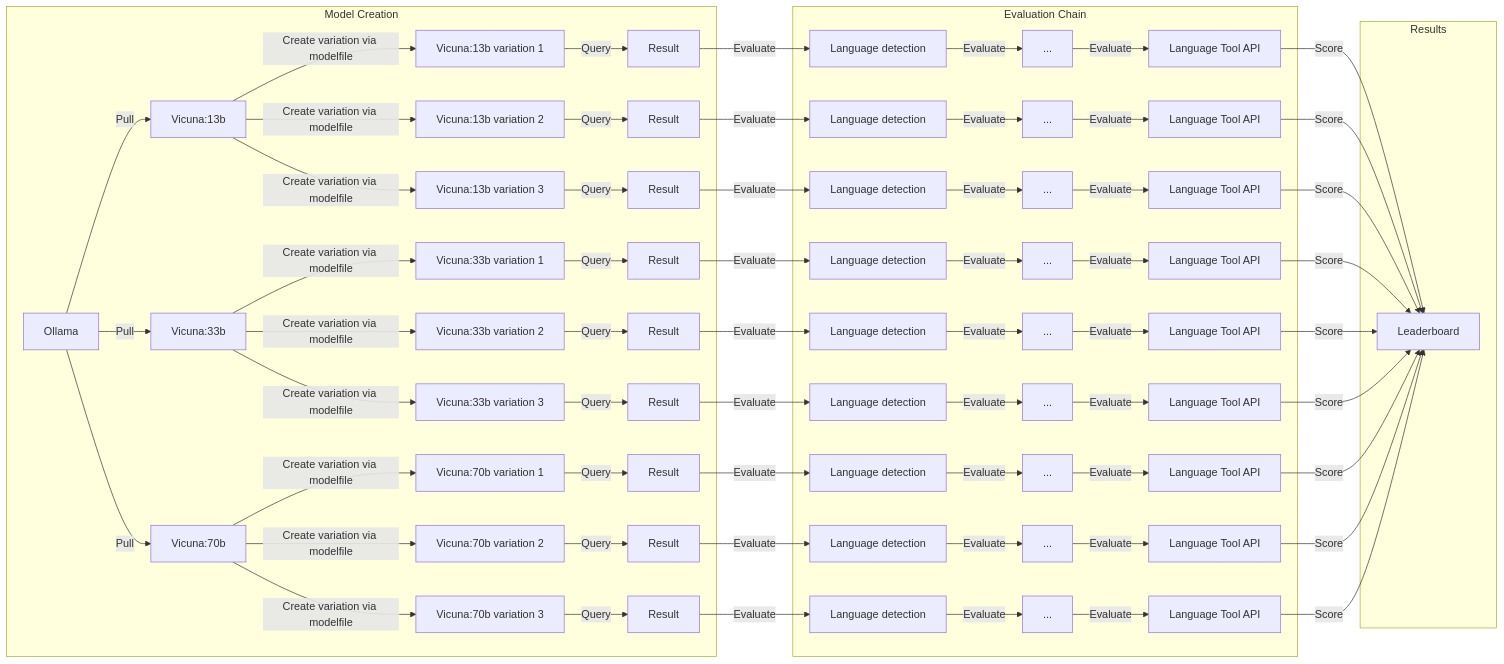
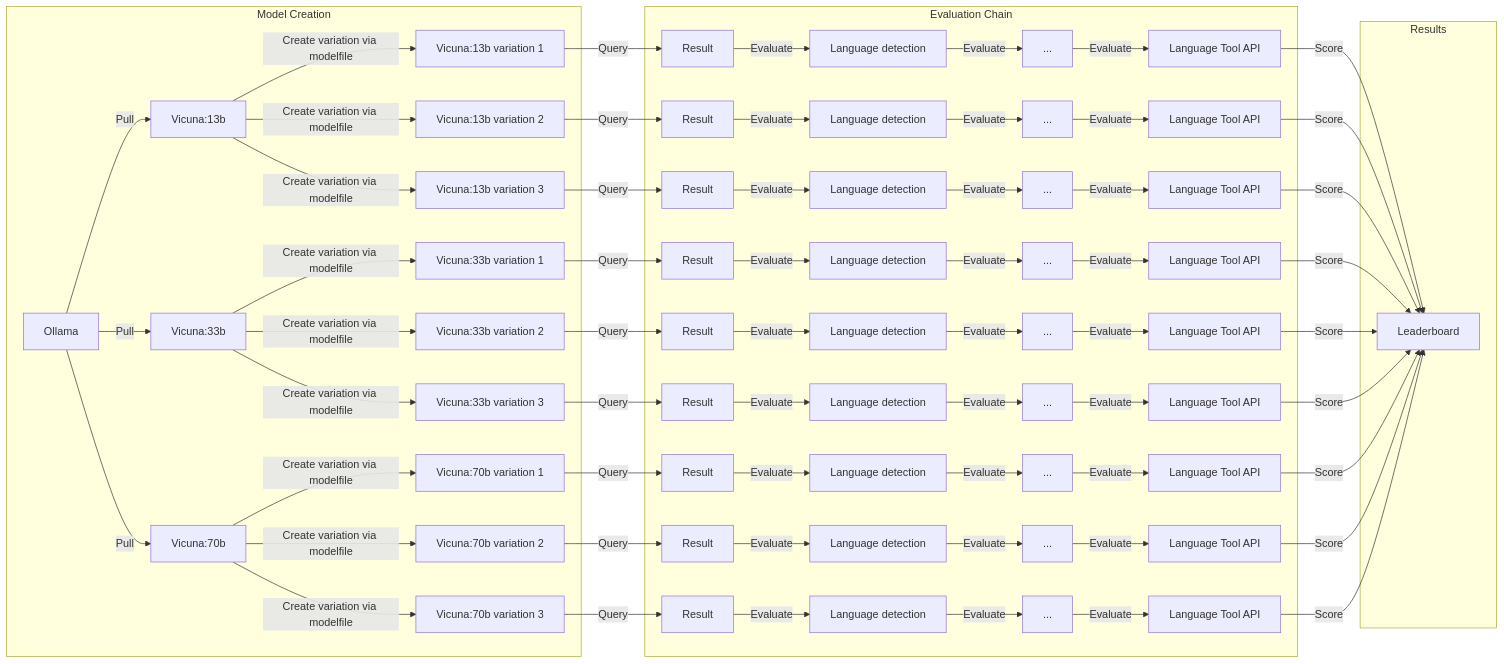
One commit to nshern/dallama changed the diagram in README.md. Above: the diagram before and after it, drawn with Mermaid. The commit also changed other lines of this file, not shown here.

````diff
--- a/README.md
+++ b/README.md
@@ -7,74 +7,74 @@
 ```mermaid
 flowchart LR
 subgraph Model Creation
 A[Ollama] --Pull--> B[Vicuna:13b]
 A[Ollama] --Pull--> C[Vicuna:33b]
 A[Ollama] --Pull--> D[Vicuna:70b]
 
 B[Vicuna:13b] --Create variation via modelfile-->E[Vicuna:13b variation 1]
 C[Vicuna:33b] --Create variation via modelfile-->F[Vicuna:33b variation 1]
 D[Vicuna:70b] --Create variation via modelfile-->G[Vicuna:70b variation 1]
 B[Vicuna:13b] --Create variation via modelfile-->H[Vicuna:13b variation 2]
 C[Vicuna:33b] --Create variation via modelfile-->I[Vicuna:33b variation 2]
 D[Vicuna:70b] --Create variation via modelfile-->J[Vicuna:70b variation 2]
 B[Vicuna:13b] --Create variation via modelfile-->K[Vicuna:13b variation 3]
 C[Vicuna:33b] --Create variation via modelfile-->L[Vicuna:33b variation 3]
 D[Vicuna:70b] --Create variation via modelfile-->M[Vicuna:70b variation 3]
 
+end
 E -- Query --> AE[Result]
 F -- Query --> AF[Result]
 G -- Query --> AG[Result]
 H -- Query --> AH[Result]
 I -- Query --> AI[Result]
 J -- Query --> AJ[Result]
 K -- Query --> AK[Result]
 L -- Query --> AL[Result]
 M -- Query --> AM[Result]
-end
 
 subgraph Evaluation Chain
 AE -- Evaluate--> DN[Language detection]
 AF -- Evaluate--> DP[Language detection]
 AG -- Evaluate--> DQ[Language detection]
 AH -- Evaluate--> DR[Language detection]
 AI -- Evaluate--> DS[Language detection]
 AJ -- Evaluate--> DT[Language detection]
 AK -- Evaluate--> DU[Language detection]
 AL -- Evaluate--> DV[Language detection]
 AM -- Evaluate--> DW[Language detection]
 
 DN -- Evaluate --> AAA[...]
 DP -- Evaluate --> AAB[...]
 DQ -- Evaluate --> AAC[...]
 DR -- Evaluate --> AAD[...]
 DS -- Evaluate --> AAE[...]
 DT -- Evaluate --> AAF[...]
 DU -- Evaluate --> AAG[...]
 DV -- Evaluate --> AAH[...]
 DW -- Evaluate --> AAI[...]
 
 AAA -- Evaluate --> BA[Language Tool API]
 AAB -- Evaluate --> BB[Language Tool API]
 AAC -- Evaluate --> BC[Language Tool API]
 AAD -- Evaluate --> BD[Language Tool API]
 AAE -- Evaluate --> BE[Language Tool API]
 AAF -- Evaluate --> BF[Language Tool API]
 AAG -- Evaluate --> BG[Language Tool API]
 AAH -- Evaluate --> BH[Language Tool API]
 AAI -- Evaluate --> BI[Language Tool API]
 end
 
 subgraph Results
 BA -- Score --> CA[Leaderboard]
 BB -- Score --> CA[Leaderboard]
 BC -- Score --> CA[Leaderboard]
 BD -- Score --> CA[Leaderboard]
 BE -- Score --> CA[Leaderboard]
 BF -- Score --> CA[Leaderboard]
 BG -- Score --> CA[Leaderboard]
 BH -- Score --> CA[Leaderboard]
 BI -- Score --> CA[Leaderboard]
 end
 
 
 ```
````
